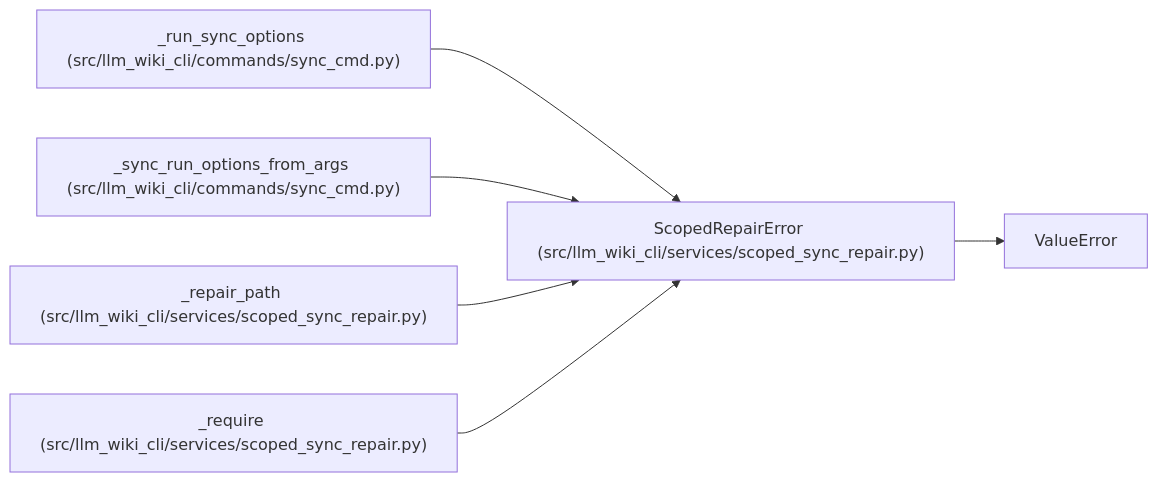
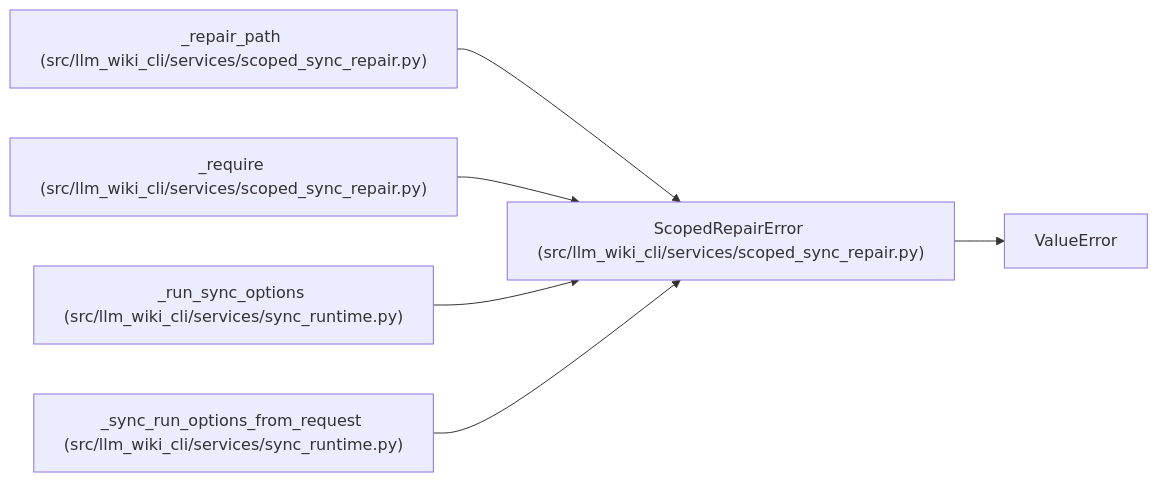
The diagram in docs/llm_wiki/entities/ScopedRepairError.md (Denissvgn/python-wiki-llm), drawn with Mermaid before and after one commit. The commit also changed other lines of this file and 1555 other files, not shown here.

````diff
--- a/docs/llm_wiki/entities/ScopedRepairError.md
+++ b/docs/llm_wiki/entities/ScopedRepairError.md
@@ -23,19 +23,19 @@
 ```mermaid
 flowchart LR
     n0["ScopedRepairError (src/llm_wiki_cli/services/scoped_sync_repair.py)"]
     n1["ValueError"]
-    n2["_run_sync_options (src/llm_wiki_cli/commands/sync_cmd.py)"]
-    n3["_sync_run_options_from_args (src/llm_wiki_cli/commands/sync_cmd.py)"]
-    n4["_repair_path (src/llm_wiki_cli/services/scoped_sync_repair.py)"]
-    n5["_require (src/llm_wiki_cli/services/scoped_sync_repair.py)"]
+    n2["_repair_path (src/llm_wiki_cli/services/scoped_sync_repair.py)"]
+    n3["_require (src/llm_wiki_cli/services/scoped_sync_repair.py)"]
+    n4["_run_sync_options (src/llm_wiki_cli/services/sync_runtime.py)"]
+    n5["_sync_run_options_from_request (src/llm_wiki_cli/services/sync_runtime.py)"]
     n0 --> n1
     n2 --> n0
     n3 --> n0
     n4 --> n0
     n5 --> n0
     click n0 "../modules/scoped_sync_repair.md"
-    click n2 "../modules/sync_cmd.md"
-    click n3 "../modules/sync_cmd.md"
-    click n4 "../modules/scoped_sync_repair.md"
-    click n5 "../modules/scoped_sync_repair.md"
+    click n2 "../modules/scoped_sync_repair.md"
+    click n3 "../modules/scoped_sync_repair.md"
+    click n4 "../modules/sync_runtime.md"
+    click n5 "../modules/sync_runtime.md"
 ```
````
